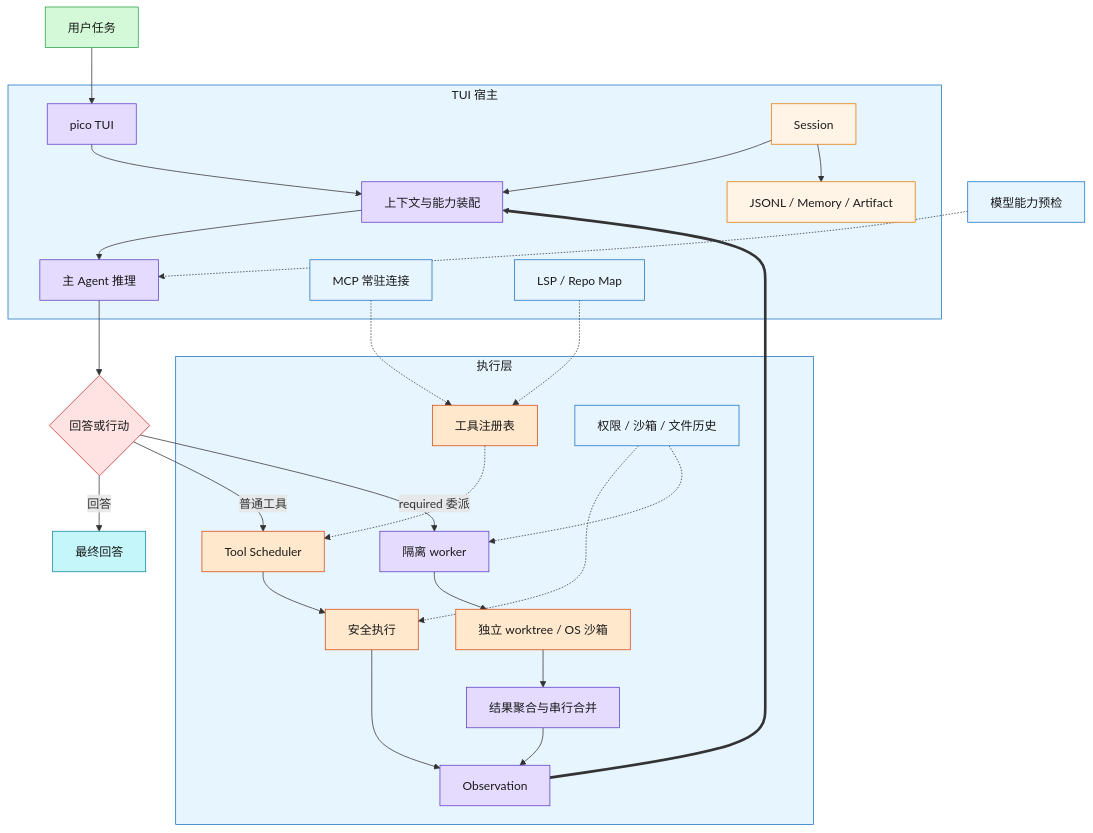
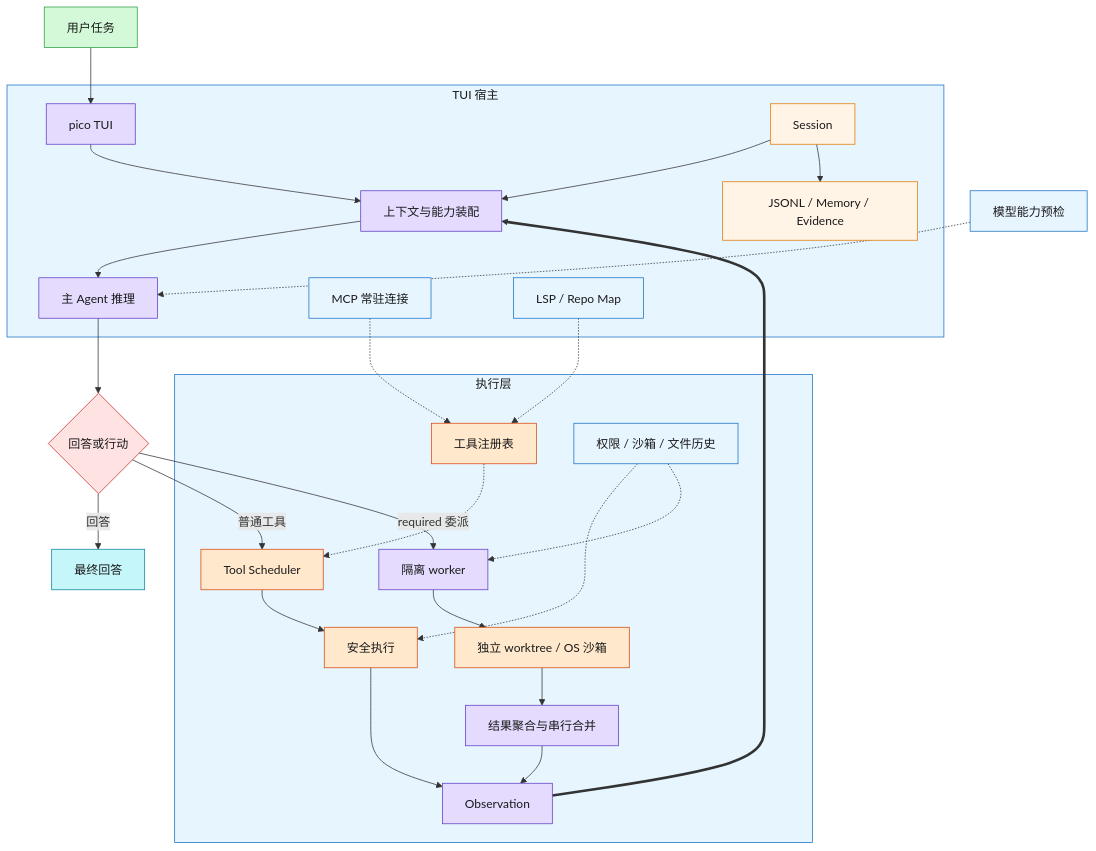
One commit to 99Gaoxiaoqi/pico-harness changed the diagram in docs/images/pico-harness-architecture/architecture-overview.mmd. Above: the diagram before and after it, drawn with Mermaid. The commit also changed 125 other files, not shown here.

```diff
--- a/docs/images/pico-harness-architecture/architecture-overview.mmd
+++ b/docs/images/pico-harness-architecture/architecture-overview.mmd
@@ -1,50 +1,50 @@
 flowchart TB
     U[用户任务] --> T[pico TUI]
 
     subgraph HOST[TUI 宿主]
         T --> C[上下文与能力装配]
         C --> M[主 Agent 推理]
         E[Session] --> C
-        E --> DB[JSONL / Memory / Artifact]
+        E --> DB[JSONL / Memory / Evidence]
         MC[MCP 常驻连接]
         CI[LSP / Repo Map]
     end
 
     M --> D{回答或行动}
     D -- 回答 --> O[最终回答]
     D -- 普通工具 --> S[Tool Scheduler]
     D -- required 委派 --> W[隔离 worker]
 
     subgraph EXEC[执行层]
         S --> R[安全执行]
         W --> I[独立 worktree / OS 沙箱]
         I --> J[结果聚合与串行合并]
         R --> B[Observation]
         J --> B
         X[工具注册表]
         G[权限 / 沙箱 / 文件历史]
     end
 
     B ==> C
     P[模型能力预检] -.-> M
     MC -.-> X
     CI -.-> X
     X -.-> S
     G -.-> R
     G -.-> W
 
     classDef input fill:#d3f9d8,stroke:#2f9e44,color:#1a1a1a
     classDef process fill:#e5dbff,stroke:#5f3dc4,color:#1a1a1a
     classDef decision fill:#ffe3e3,stroke:#c92a2a,color:#1a1a1a
     classDef action fill:#ffe8cc,stroke:#d9480f,color:#1a1a1a
     classDef output fill:#c5f6fa,stroke:#0c8599,color:#1a1a1a
     classDef storage fill:#fff4e6,stroke:#e67700,color:#1a1a1a
     classDef meta fill:#e7f5ff,stroke:#1971c2,color:#1a1a1a
 
     class U input
     class T,C,M,B,W,J process
     class D decision
     class S,R,X,I action
     class O output
     class E,DB storage
     class P,G,MC,CI,HOST,EXEC meta
```
